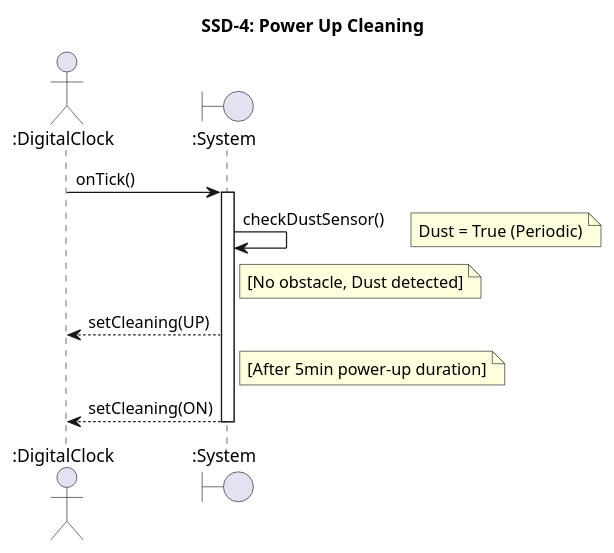
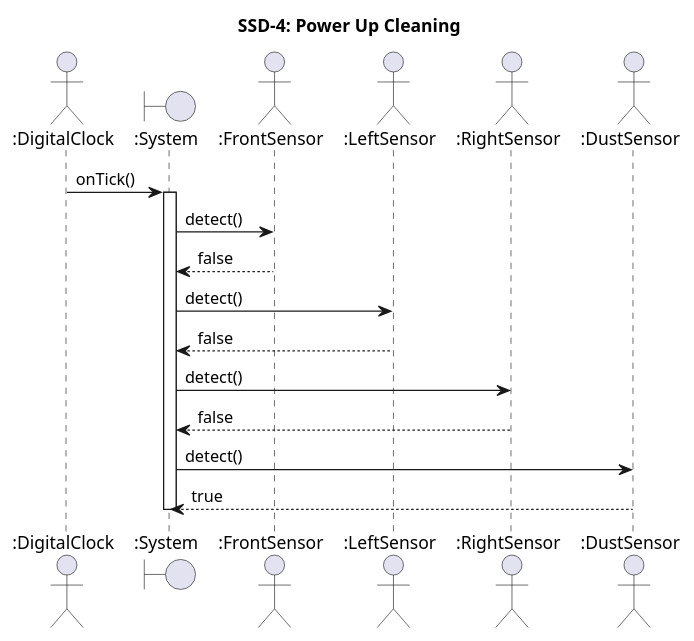
One commit to OOP-konkuk/CICD-Team7 changed the fourth of 4 diagrams in docs/vibe-coding/02-ooa/ssd.mdx. Above: the diagram before and after it, drawn with PlantUML. The commit also changed other lines of this file and 4 other files, not shown here.

````diff
--- a/docs/vibe-coding/02-ooa/ssd.mdx
+++ b/docs/vibe-coding/02-ooa/ssd.mdx
@@ -138,20 +130,24 @@
 ```plantuml
 @startuml SSD4_PowerUpCleaning
 title SSD-4: Power Up Cleaning
 
 actor ":DigitalClock" as Clock
 boundary ":System" as Sys
+actor ":FrontSensor" as FS
+actor ":LeftSensor" as LS
+actor ":RightSensor" as RS
+actor ":DustSensor" as DS
 
 Clock -> Sys : onTick()
 activate Sys
-Sys -> Sys : checkDustSensor()
-note right : Dust = True (Periodic)
-note right of Sys
-  [No obstacle, Dust detected]
-end note
-Sys --> Clock : setCleaning(UP)
-note right of Sys : [After 5min power-up duration]
-Sys --> Clock : setCleaning(ON)
+Sys -> FS : detect()
+FS --> Sys : false
+Sys -> LS : detect()
+LS --> Sys : false
+Sys -> RS : detect()
+RS --> Sys : false
+Sys -> DS : detect()
+DS --> Sys : true
 deactivate Sys
 @enduml
 ```
````
